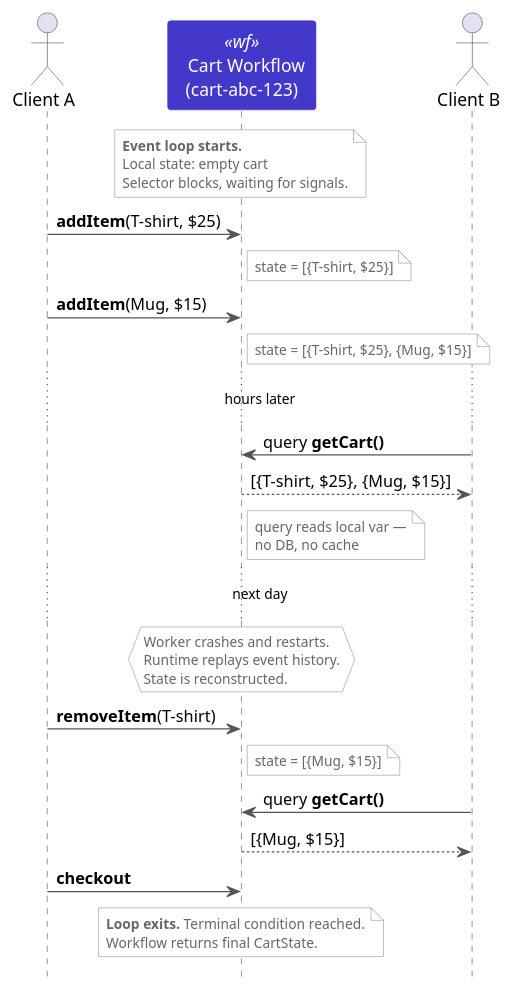
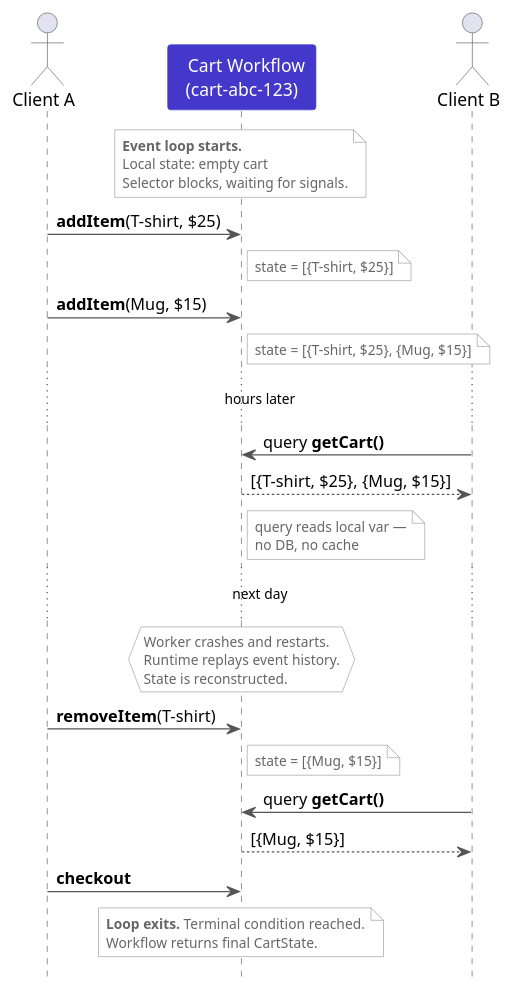
The diagram in diagrams/ch01-entity-participants.puml (edmondop/durable-execution-design-patterns), drawn with PlantUML before and after one commit. The commit also changed 1 other file, not shown here.

Commit message:
fix: hide wf stereotype label on Cart Workflow participant
The stereotype text renders in black and PlantUML 1.2022.x provides
no way to override it. Hide it since it's only used for styling.

```diff
--- a/diagrams/ch01-entity-participants.puml
+++ b/diagrams/ch01-entity-participants.puml
@@ -1,68 +1,69 @@
 @startuml
 skinparam backgroundColor transparent
 skinparam sequence {
   ArrowColor #555555
   LifeLineBorderColor #555555
   LifeLineBackgroundColor #ffffff
   ParticipantBorderColor #555555
   ParticipantBackgroundColor #ffffff
   ParticipantFontColor #333333
   ParticipantFontSize 14
   ActorBorderColor #555555
   ParticipantBackgroundColor<<wf>> #4338CA
   ParticipantBorderColor<<wf>> #4338CA
   ParticipantFontColor<<wf>> #ffffff
 }
 skinparam note {
   BackgroundColor #ffffff
   BorderColor #999999
   FontSize 11
   FontColor #666666
 }
 
 hide footbox
+hide <<wf>> stereotype
 
 actor "Client A" as a
 participant "  <color:#ffffff>Cart Workflow</color>\n  <color:#ffffff>(cart-abc-123)</color>  " as cart <<wf>>
 actor "Client B" as b
 
 note over cart #ffffff
   **Event loop starts.**
   Local state: empty cart
   Selector blocks, waiting for signals.
 end note
 
 a -> cart : **addItem**(T-shirt, $25)
 note right of cart #ffffff: state = [{T-shirt, $25}]
 
 a -> cart : **addItem**(Mug, $15)
 note right of cart #ffffff: state = [{T-shirt, $25}, {Mug, $15}]
 
 ...hours later...
 
 b -> cart : query **getCart()**
 cart --> b : [{T-shirt, $25}, {Mug, $15}]
 note right of cart #ffffff: query reads local var —\nno DB, no cache
 
 ...next day...
 
 hnote over cart #ffffff
   Worker crashes and restarts.
   Runtime replays event history.
   State is reconstructed.
 end hnote
 
 a -> cart : **removeItem**(T-shirt)
 note right of cart #ffffff: state = [{Mug, $15}]
 
 b -> cart : query **getCart()**
 cart --> b : [{Mug, $15}]
 
 a -> cart : **checkout**
 
 note over cart #ffffff
   **Loop exits.** Terminal condition reached.
   Workflow returns final CartState.
 end note
 
 @enduml
```
